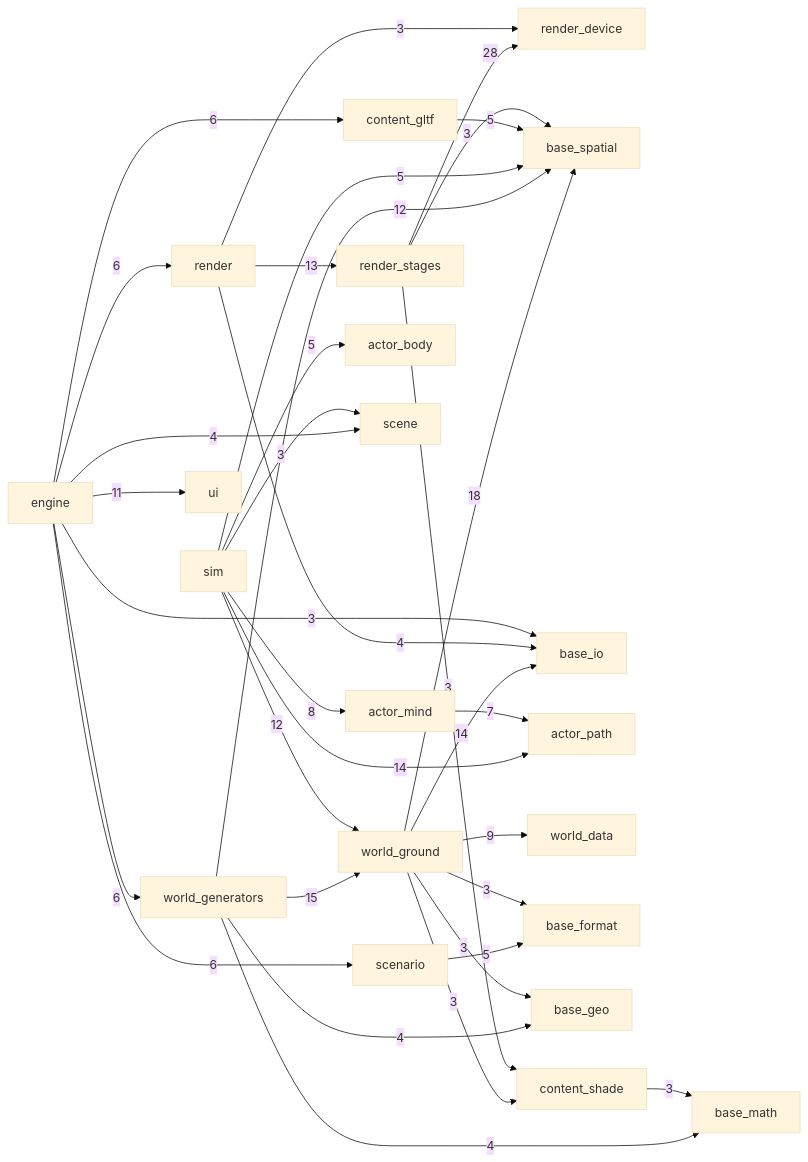
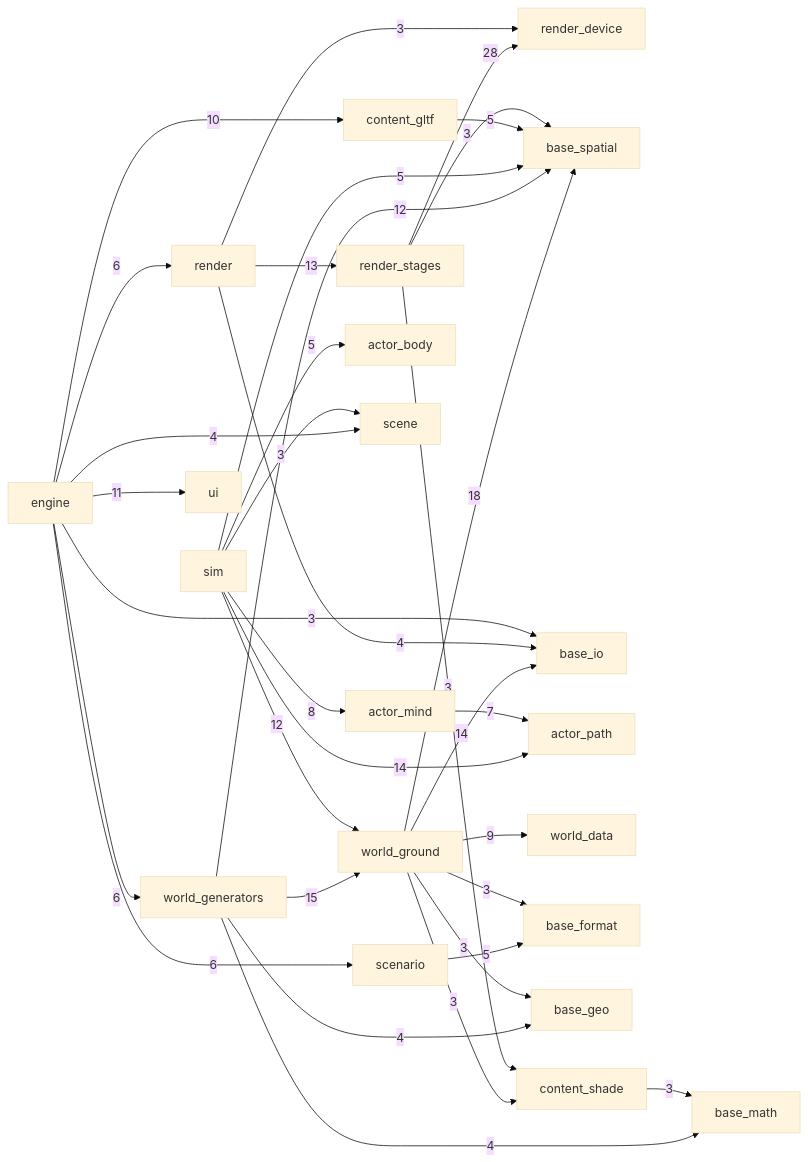
Before and after one commit to Weichwolf/outshine: the diagram in STATE.md, drawn with Mermaid (base theme). The commit also changed other lines of this file and 6 other files, not shown here.

````diff
--- a/STATE.md
+++ b/STATE.md
@@ -136,36 +136,36 @@
 ```mermaid
 flowchart LR
   render_stages --> |28| render_device
   world_ground --> |18| base_spatial
   world_generators --> |15| world_ground
   world_ground --> |14| base_io
   sim --> |14| actor_path
   render --> |13| render_stages
   world_generators --> |12| base_spatial
   sim --> |12| world_ground
   engine --> |11| ui
+  engine --> |10| content_gltf
   world_ground --> |9| world_data
   sim --> |8| actor_mind
   actor_mind --> |7| actor_path
   engine --> |6| world_generators
   engine --> |6| scenario
   engine --> |6| render
-  engine --> |6| content_gltf
   sim --> |5| base_spatial
   sim --> |5| actor_body
   scenario --> |5| base_format
   content_gltf --> |5| base_spatial
   world_generators --> |4| base_math
   world_generators --> |4| base_geo
   render --> |4| base_io
   engine --> |4| scene
   world_ground --> |3| content_shade
   world_ground --> |3| base_geo
   world_ground --> |3| base_format
   sim --> |3| scene
   render --> |3| render_device
   render_stages --> |3| content_shade
   render_stages --> |3| base_spatial
   engine --> |3| base_io
   content_shade --> |3| base_math
 ```
````
